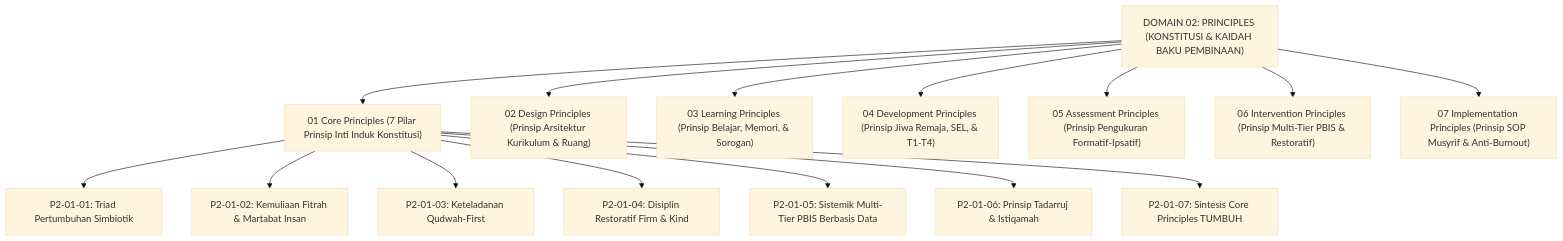
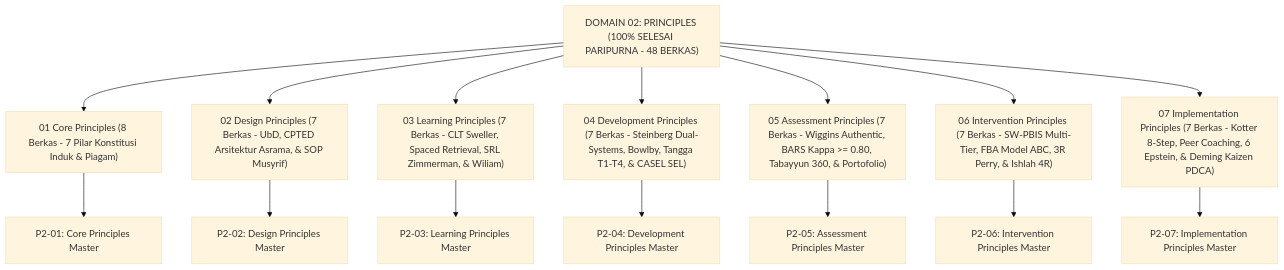
The diagram in 02 Principles/README.md (wandiapriliyandi/tumbuh), drawn with Mermaid (base theme) before and after one commit. The commit also changed other lines of this file and 42 other files, not shown here.

Commit message:
feat(principles): complete comprehensive monographs for domain 02 principles (sub-domains 02-07 100% complete)

````diff
--- a/02 Principles/README.md
+++ b/02 Principles/README.md
@@ -14,20 +14,20 @@
 ```mermaid
 graph TD
-    Principles["DOMAIN 02: PRINCIPLES (KONSTITUSI & KAIDAH BAKU PEMBINAAN)"]
+    Principles["DOMAIN 02: PRINCIPLES (100% SELESAI PARIPURNA - 48 BERKAS)"]
     
-    Principles --> SD1["01 Core Principles (7 Pilar Prinsip Inti Induk Konstitusi)"]
-    Principles --> SD2["02 Design Principles (Prinsip Arsitektur Kurikulum & Ruang)"]
-    Principles --> SD3["03 Learning Principles (Prinsip Belajar, Memori, & Sorogan)"]
-    Principles --> SD4["04 Development Principles (Prinsip Jiwa Remaja, SEL, & T1-T4)"]
-    Principles --> SD5["05 Assessment Principles (Prinsip Pengukuran Formatif-Ipsatif)"]
-    Principles --> SD6["06 Intervention Principles (Prinsip Multi-Tier PBIS & Restoratif)"]
-    Principles --> SD7["07 Implementation Principles (Prinsip SOP Musyrif & Anti-Burnout)"]
+    Principles --> SD1["01 Core Principles (8 Berkas - 7 Pilar Konstitusi Induk & Piagam)"]
+    Principles --> SD2["02 Design Principles (7 Berkas - UbD, CPTED Arsitektur Asrama, & SOP Musyrif)"]
+    Principles --> SD3["03 Learning Principles (7 Berkas - CLT Sweller, Spaced Retrieval, SRL Zimmerman, & Wiliam)"]
+    Principles --> SD4["04 Development Principles (7 Berkas - Steinberg Dual-Systems, Bowlby, Tangga T1-T4, & CASEL SEL)"]
+    Principles --> SD5["05 Assessment Principles (7 Berkas - Wiggins Authentic, BARS Kappa >= 0.80, Tabayyun 360, & Portofolio)"]
+    Principles --> SD6["06 Intervention Principles (7 Berkas - SW-PBIS Multi-Tier, FBA Model ABC, 3R Perry, & Ishlah 4R)"]
+    Principles --> SD7["07 Implementation Principles (7 Berkas - Kotter 8-Step, Peer Coaching, 6 Epstein, & Deming Kaizen PDCA)"]
     
-    SD1 --> M1["P2-01-01: Triad Pertumbuhan Simbiotik"]
-    SD1 --> M2["P2-01-02: Kemuliaan Fitrah & Martabat Insan"]
-    SD1 --> M3["P2-01-03: Keteladanan Qudwah-First"]
-    SD1 --> M4["P2-01-04: Disiplin Restoratif Firm & Kind"]
-    SD1 --> M5["P2-01-05: Sistemik Multi-Tier PBIS Berbasis Data"]
-    SD1 --> M6["P2-01-06: Prinsip Tadarruj & Istiqamah"]
-    SD1 --> M7["P2-01-07: Sintesis Core Principles TUMBUH"]
+    SD1 --> M1["P2-01: Core Principles Master"]
+    SD2 --> M2["P2-02: Design Principles Master"]
+    SD3 --> M3["P2-03: Learning Principles Master"]
+    SD4 --> M4["P2-04: Development Principles Master"]
+    SD5 --> M5["P2-05: Assessment Principles Master"]
+    SD6 --> M6["P2-06: Intervention Principles Master"]
+    SD7 --> M7["P2-07: Implementation Principles Master"]
 ```
````
